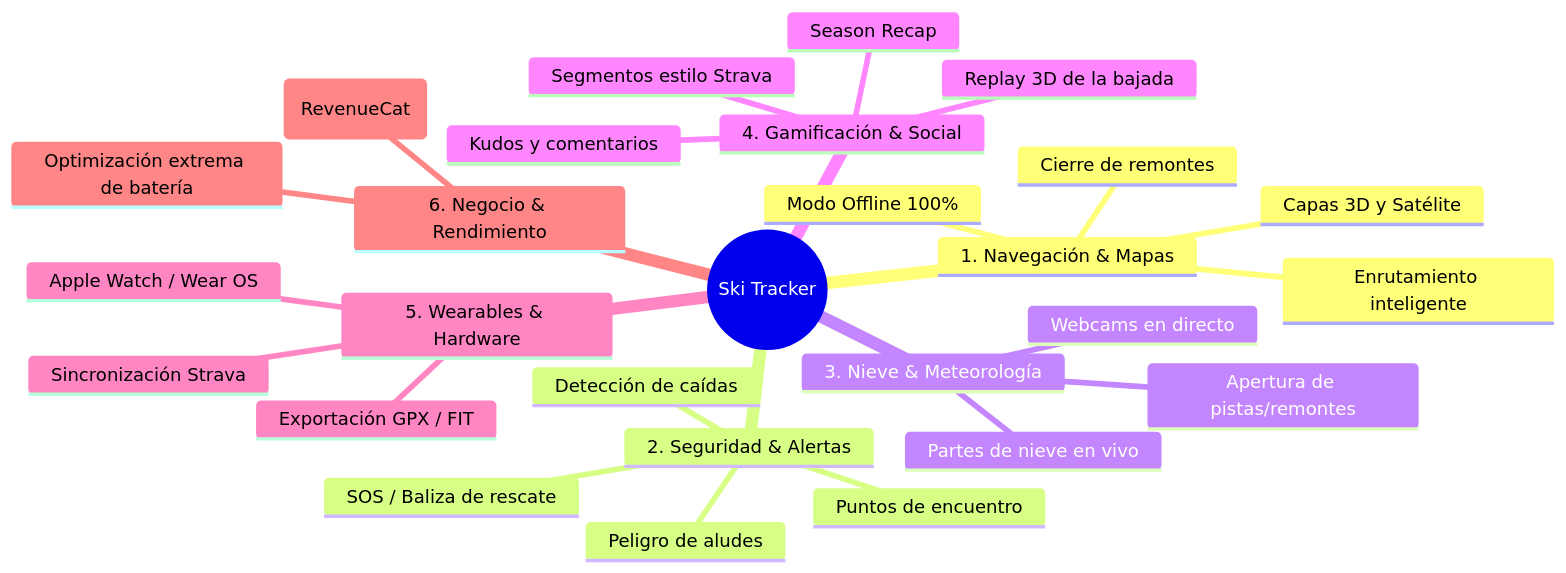
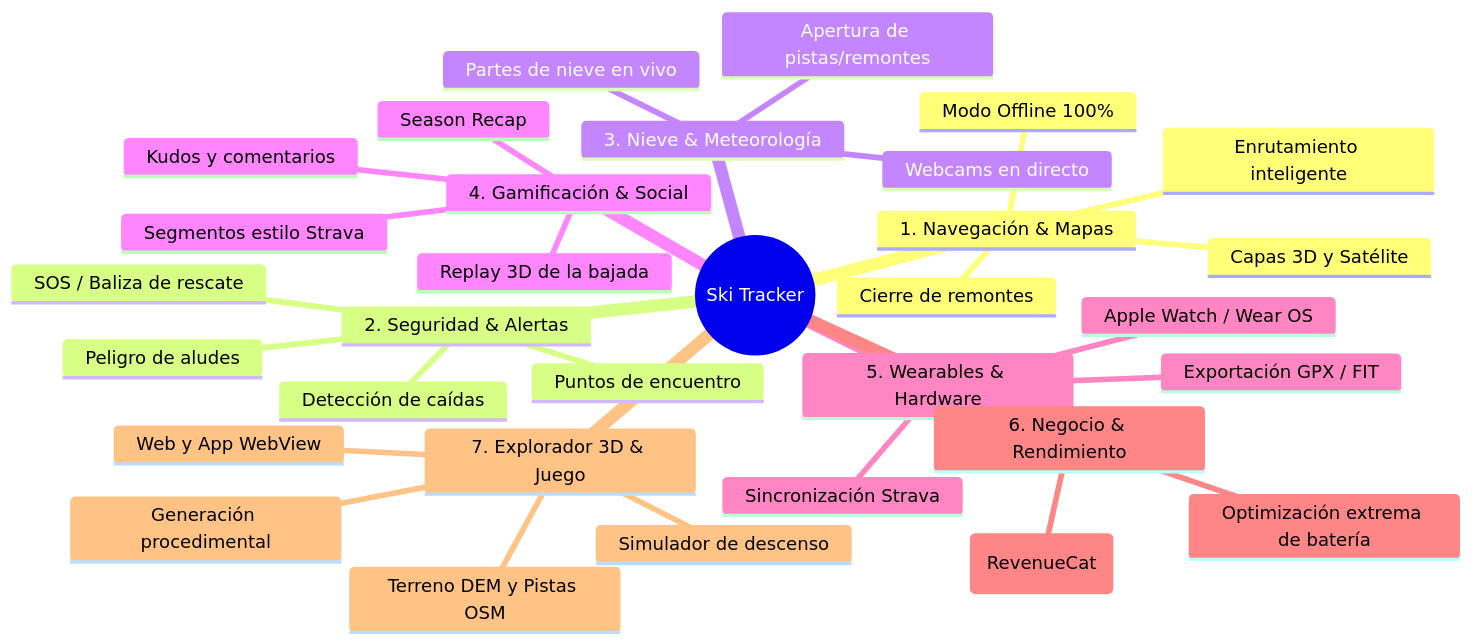
The diagram in ROADMAP.md (victorgomez09/ski-tracker), drawn with Mermaid before and after one commit. The commit also changed other lines of this file and 36 other files, not shown here.

````diff
--- a/ROADMAP.md
+++ b/ROADMAP.md
@@ -15,30 +15,35 @@
 ```mermaid
 mindmap
   root((Ski Tracker))
     1. Navegación & Mapas
       Modo Offline 100%
       Enrutamiento inteligente
       Capas 3D y Satélite
       Cierre de remontes
     2. Seguridad & Alertas
       Detección de caídas
       SOS / Baliza de rescate
       Puntos de encuentro
       Peligro de aludes
     3. Nieve & Meteorología
       Partes de nieve en vivo
       Webcams en directo
       Apertura de pistas/remontes
     4. Gamificación & Social
       Replay 3D de la bajada
       Segmentos estilo Strava
       Kudos y comentarios
       Season Recap
     5. Wearables & Hardware
       Apple Watch / Wear OS
       Sincronización Strava
       Exportación GPX / FIT
     6. Negocio & Rendimiento
       Plan PRO (RevenueCat)
       Optimización extrema de batería
+    7. Explorador 3D & Juego
+      Generación procedimental
+      Terreno DEM y Pistas OSM
+      Simulador de descenso
+      Web y App WebView
 ```
````
